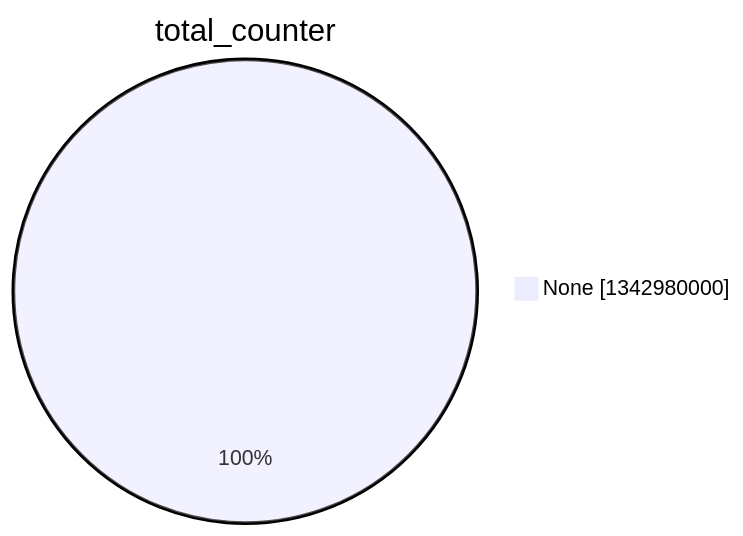
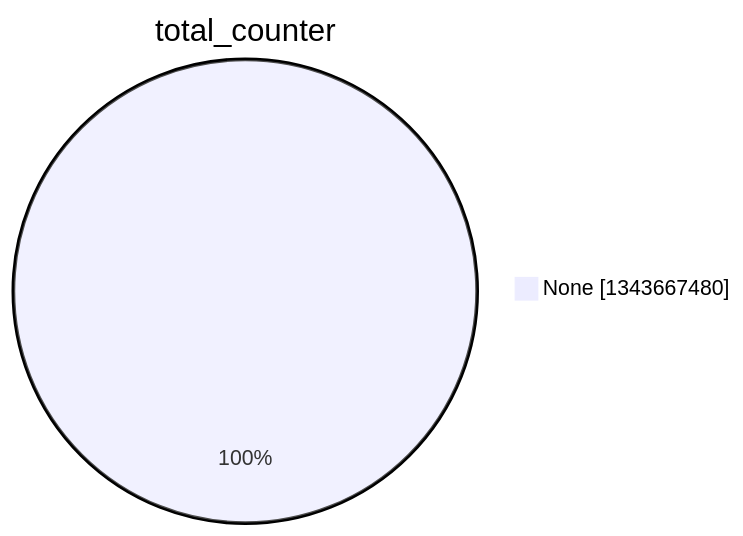
The second of 15 diagrams in argon2022/README.md (christiankrug/ctmonitor_visualization), drawn with Mermaid before and after one commit. The commit also changed other lines of this file, not shown here.

````diff
--- a/argon2022/README.md
+++ b/argon2022/README.md
@@ -9,5 +9,5 @@
 ```mermaid
 pie showData
 title total_counter
-"None" :1342980000
+"None" :1343667480
 ```
````
